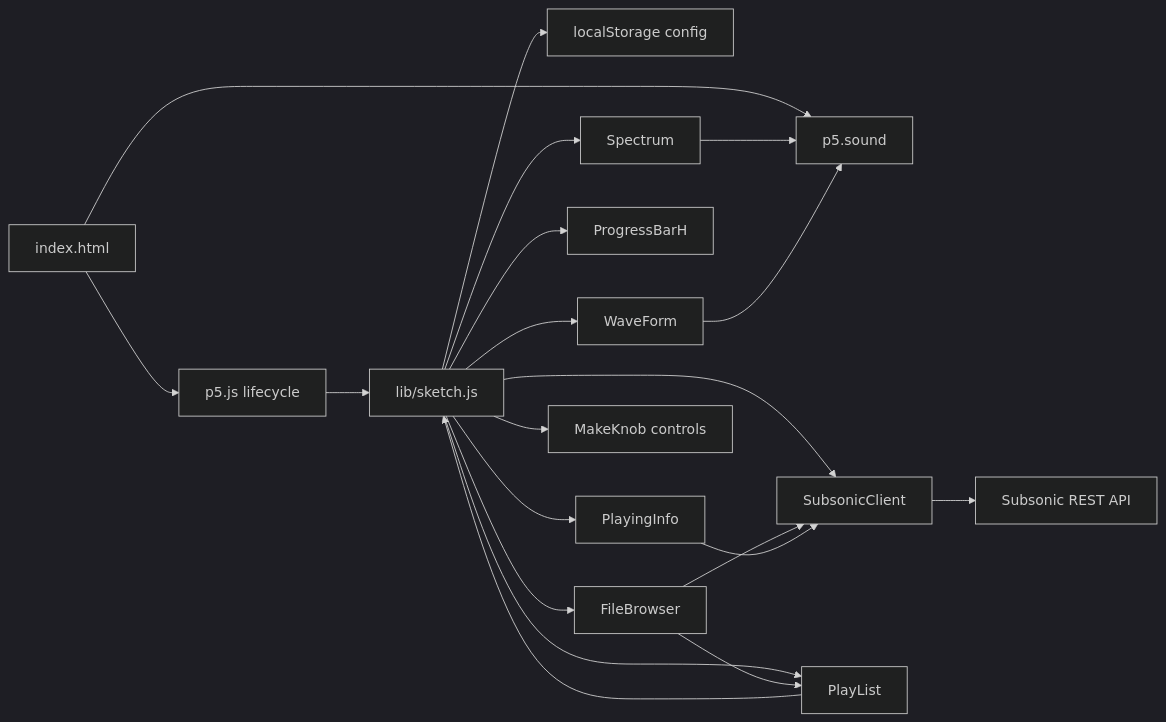
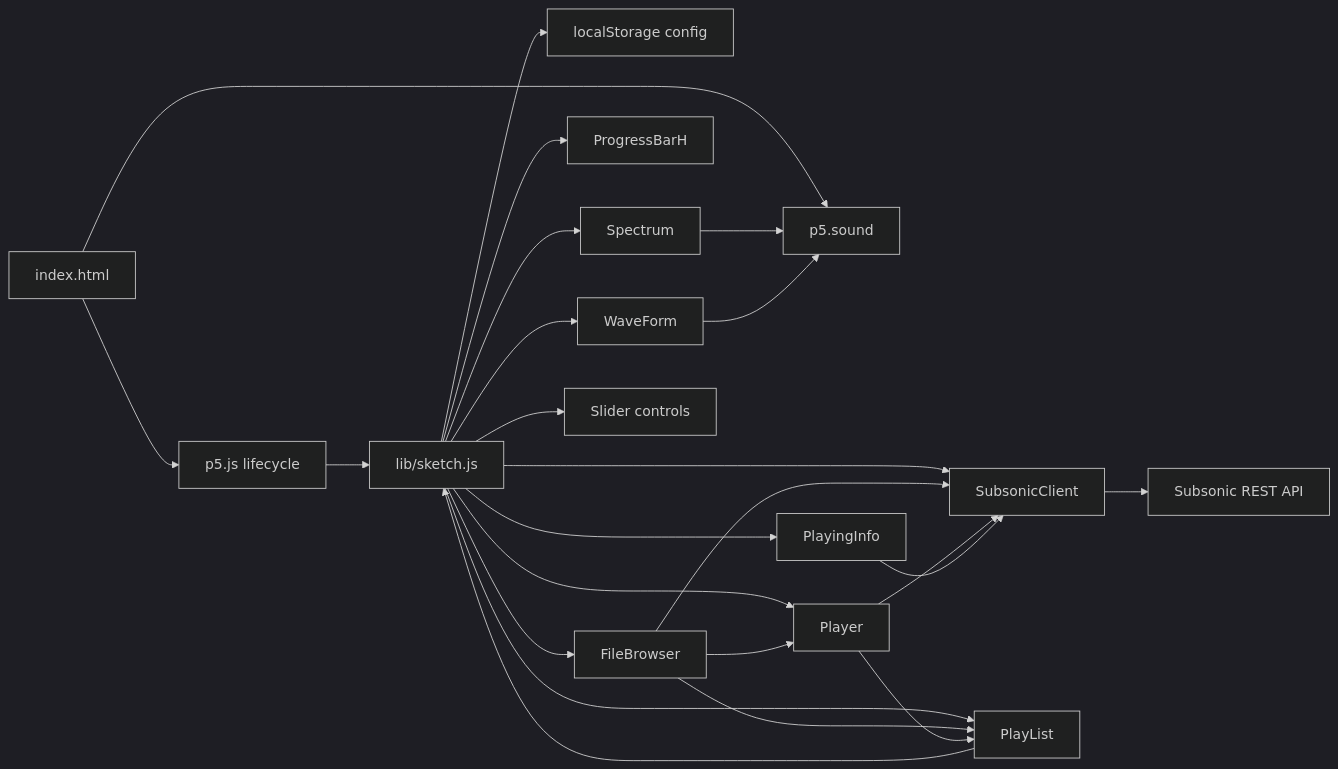
The first of 8 diagrams in doc/diagrams.md (Leorivasc/neon_deck), drawn with Mermaid (dark theme) before and after one commit. The commit also changed other lines of this file and 2 other files, not shown here.

````diff
--- a/doc/diagrams.md
+++ b/doc/diagrams.md
@@ -7,24 +7,28 @@
 ```mermaid
 flowchart LR
     HTML[index.html] --> P5[p5.js lifecycle]
     HTML --> Sound[p5.sound]
     P5 --> Sketch[lib/sketch.js]
 
     Sketch --> Config[localStorage config]
     Sketch --> Client[SubsonicClient]
     Sketch --> Browser[FileBrowser]
     Sketch --> Queue[PlayList]
     Sketch --> Info[PlayingInfo]
     Sketch --> Progress[ProgressBarH]
     Sketch --> Spectrum[Spectrum]
     Sketch --> Waveform[WaveForm]
-    Sketch --> Knobs[MakeKnob controls]
+    Sketch --> Sliders[Slider controls]
+    Sketch --> Player[Player]
 
     Client --> Server[Subsonic REST API]
     Browser --> Client
     Browser --> Queue
+    Browser --> Player
+    Player --> Queue
+    Player --> Client
     Queue --> Sketch
     Info --> Client
     Spectrum --> Sound
     Waveform --> Sound
 ```
````
